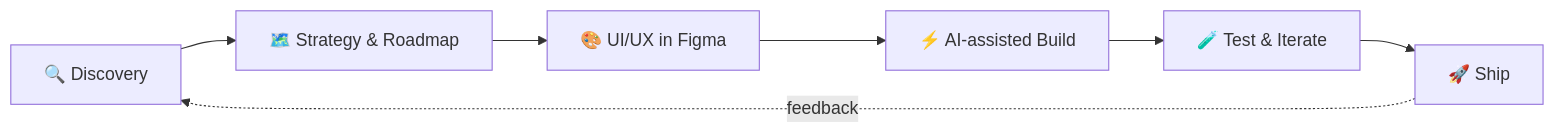
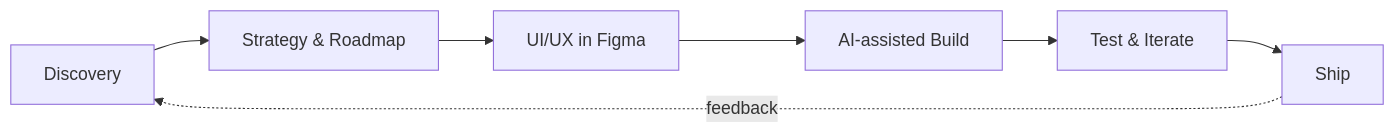
Before and after one commit to thegr8binil/thegr8binil: the diagram in README.md, drawn with Mermaid. The commit also changed other lines of this file, not shown here.

````diff
--- a/README.md
+++ b/README.md
@@ -114,9 +98,9 @@
 ```mermaid
 flowchart LR
-    A[🔍 Discovery] --> B[🗺️ Strategy & Roadmap]
-    B --> C[🎨 UI/UX in Figma]
-    C --> D[⚡ AI-assisted Build]
-    D --> E[🧪 Test & Iterate]
-    E --> F[🚀 Ship]
-    F -.feedback.-> A
+    A[Discovery] --> B[Strategy & Roadmap]
+    B --> C[UI/UX in Figma]
+    C --> D[AI-assisted Build]
+    D --> E[Test & Iterate]
+    E --> F[Ship]
+    F -. feedback .-> A
 ```
````
